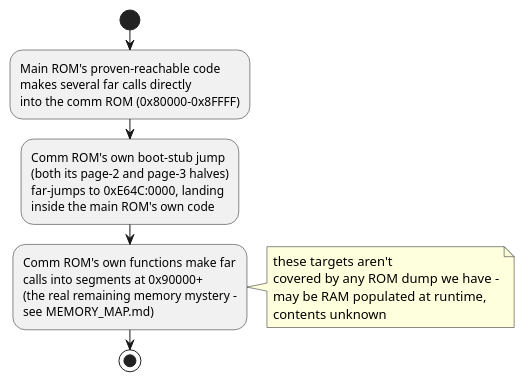
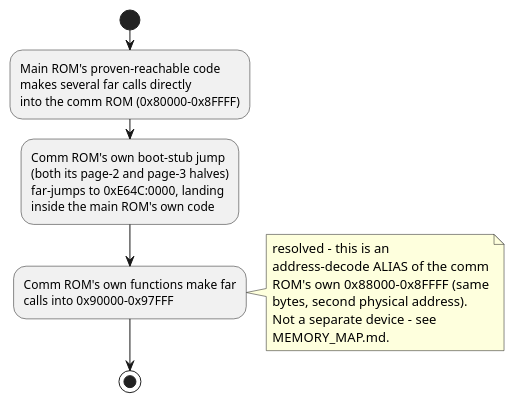
One commit to Mwwhited-BookLearning/tektronix-2230 changed the second of 4 diagrams in JUMP_MAP.md. Above: the diagram before and after it, drawn with PlantUML. The commit also changed other lines of this file and 14 other files, not shown here.

````diff
--- a/JUMP_MAP.md
+++ b/JUMP_MAP.md
@@ -65,10 +65,10 @@
 ```plantuml
 @startuml
 start
 :Main ROM's proven-reachable code\nmakes several far calls directly\ninto the comm ROM (0x80000-0x8FFFF);
 :Comm ROM's own boot-stub jump\n(both its page-2 and page-3 halves)\nfar-jumps to 0xE64C:0000, landing\ninside the main ROM's own code;
-:Comm ROM's own functions make far\ncalls into segments at 0x90000+\n(the real remaining memory mystery -\nsee MEMORY_MAP.md);
-note right: these targets aren't\ncovered by any ROM dump we have -\nmay be RAM populated at runtime,\ncontents unknown
+:Comm ROM's own functions make far\ncalls into 0x90000-0x97FFF;
+note right: resolved - this is an\naddress-decode ALIAS of the comm\nROM's own 0x88000-0x8FFFF (same\nbytes, second physical address).\nNot a separate device - see\nMEMORY_MAP.md.
 stop
 @enduml
 ```
````
